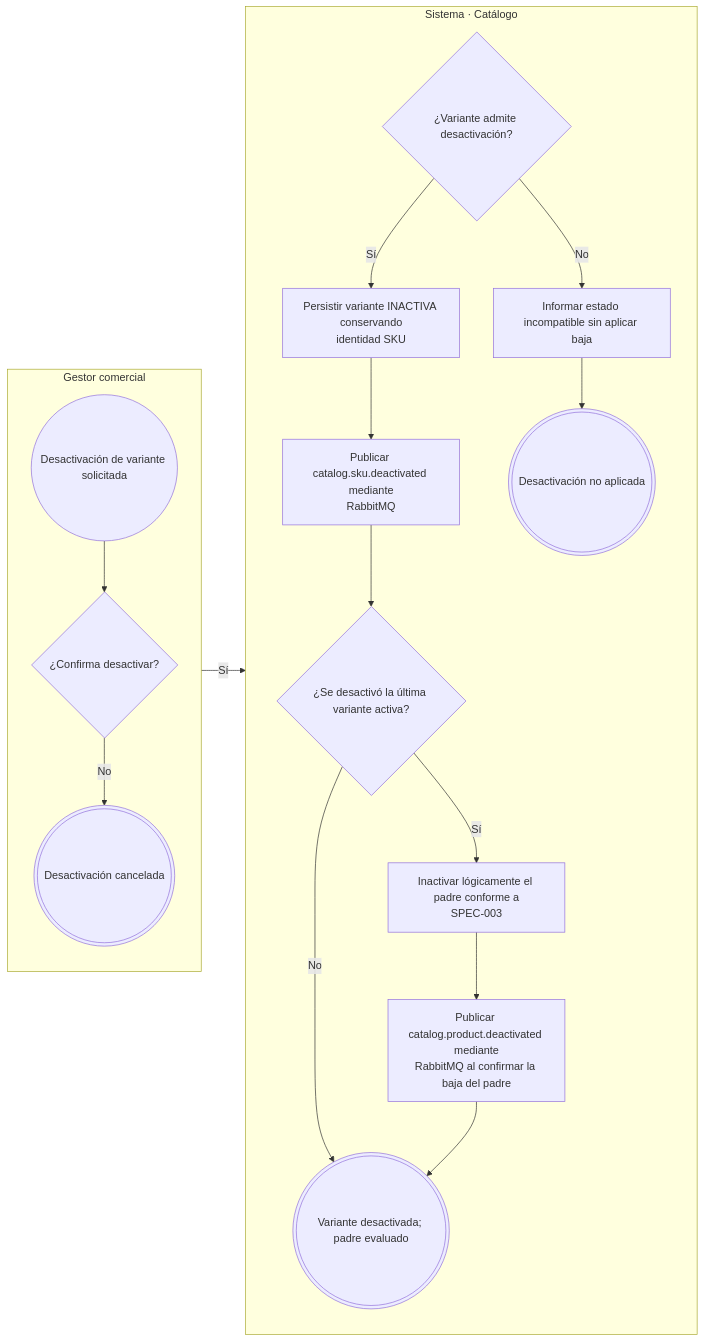
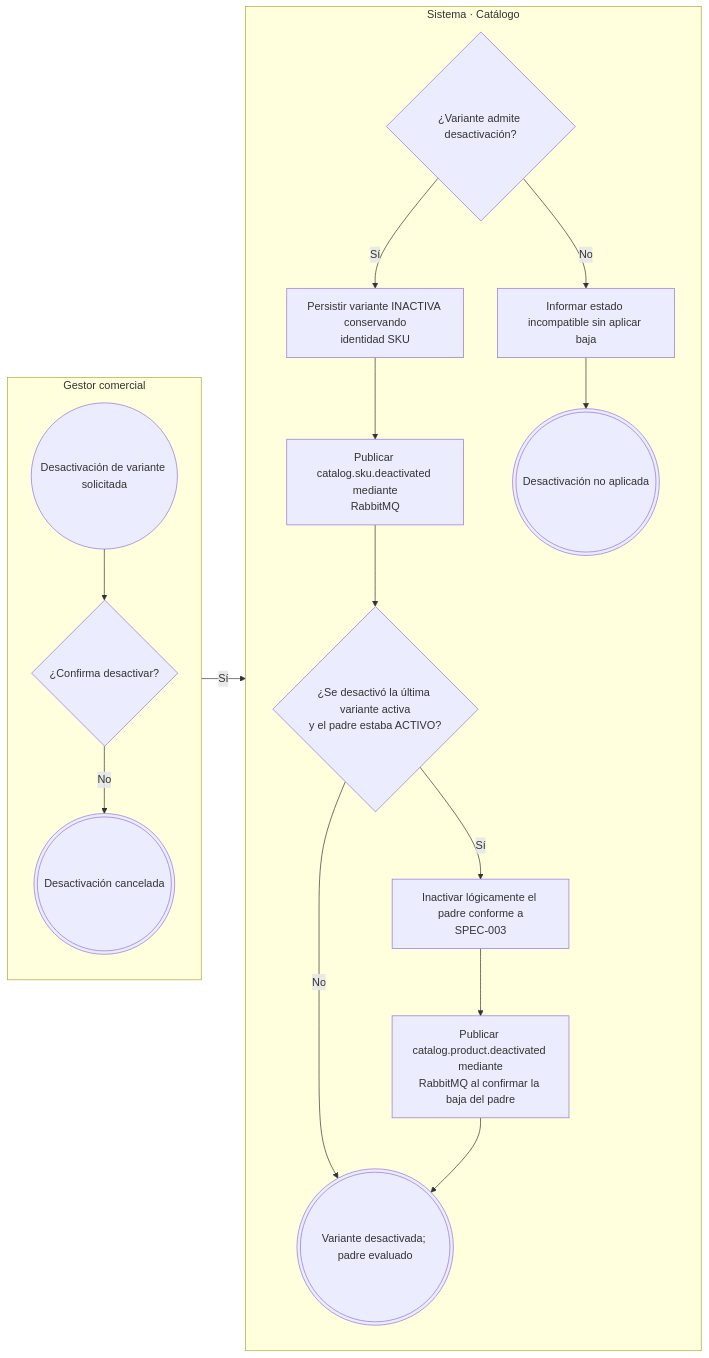
Before and after one commit to Taller-SW-Web/G6-Productos-Ofertas-docs: the fourth of 4 diagrams in flujos/FLOW-004-gestion-variantes-skus.md, drawn with Mermaid. The commit also changed other lines of this file and 7 other files, not shown here.

````diff
--- a/flujos/FLOW-004-gestion-variantes-skus.md
+++ b/flujos/FLOW-004-gestion-variantes-skus.md
@@ -159,28 +167,28 @@
 ```mermaid
 flowchart LR
     subgraph G["Gestor comercial"]
         direction TB
         INICIO(("Desactivación de variante solicitada"))
         CONFIRMAR{"¿Confirma desactivar?"}
         FIN_CANCELAR((("Desactivación cancelada")))
     end
     subgraph S["Sistema · Catálogo"]
         direction TB
         VALIDAR{"¿Variante admite desactivación?"}
         BAJA["Persistir variante INACTIVA conservando<br/>identidad SKU"]
         EVENTO["Publicar catalog.sku.deactivated mediante<br/>RabbitMQ"]
-        ULTIMA{"¿Se desactivó la última variante activa?"}
+        ULTIMA{"¿Se desactivó la última variante activa<br/>y el padre estaba ACTIVO?"}
         PADRE["Inactivar lógicamente el padre conforme a<br/>SPEC-003"]
         EVENTO_PADRE["Publicar catalog.product.deactivated mediante<br/>RabbitMQ al confirmar la baja del padre"]
         ERROR["Informar estado incompatible sin aplicar baja"]
         FIN_OK((("Variante desactivada; padre evaluado")))
         FIN_ERROR((("Desactivación no aplicada")))
     end
     INICIO --> CONFIRMAR
     CONFIRMAR -->|"No"| FIN_CANCELAR
     CONFIRMAR -->|"Sí"| VALIDAR
     VALIDAR -->|"Sí"| BAJA --> EVENTO --> ULTIMA
     VALIDAR -->|"No"| ERROR --> FIN_ERROR
     ULTIMA -->|"No"| FIN_OK
     ULTIMA -->|"Sí"| PADRE --> EVENTO_PADRE --> FIN_OK
 ```
````
